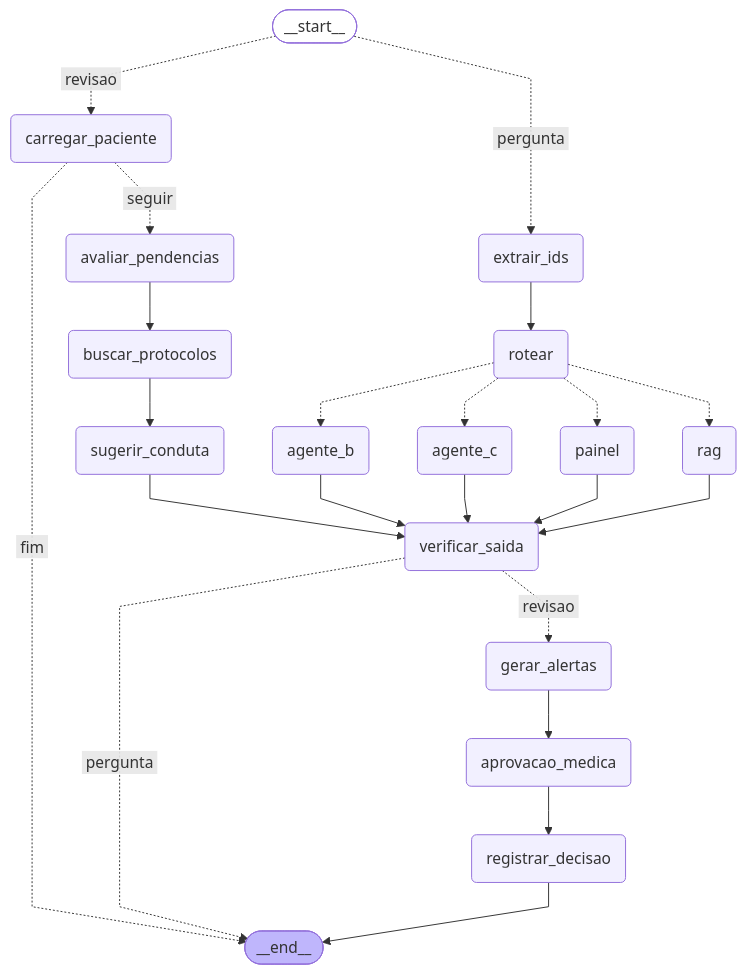
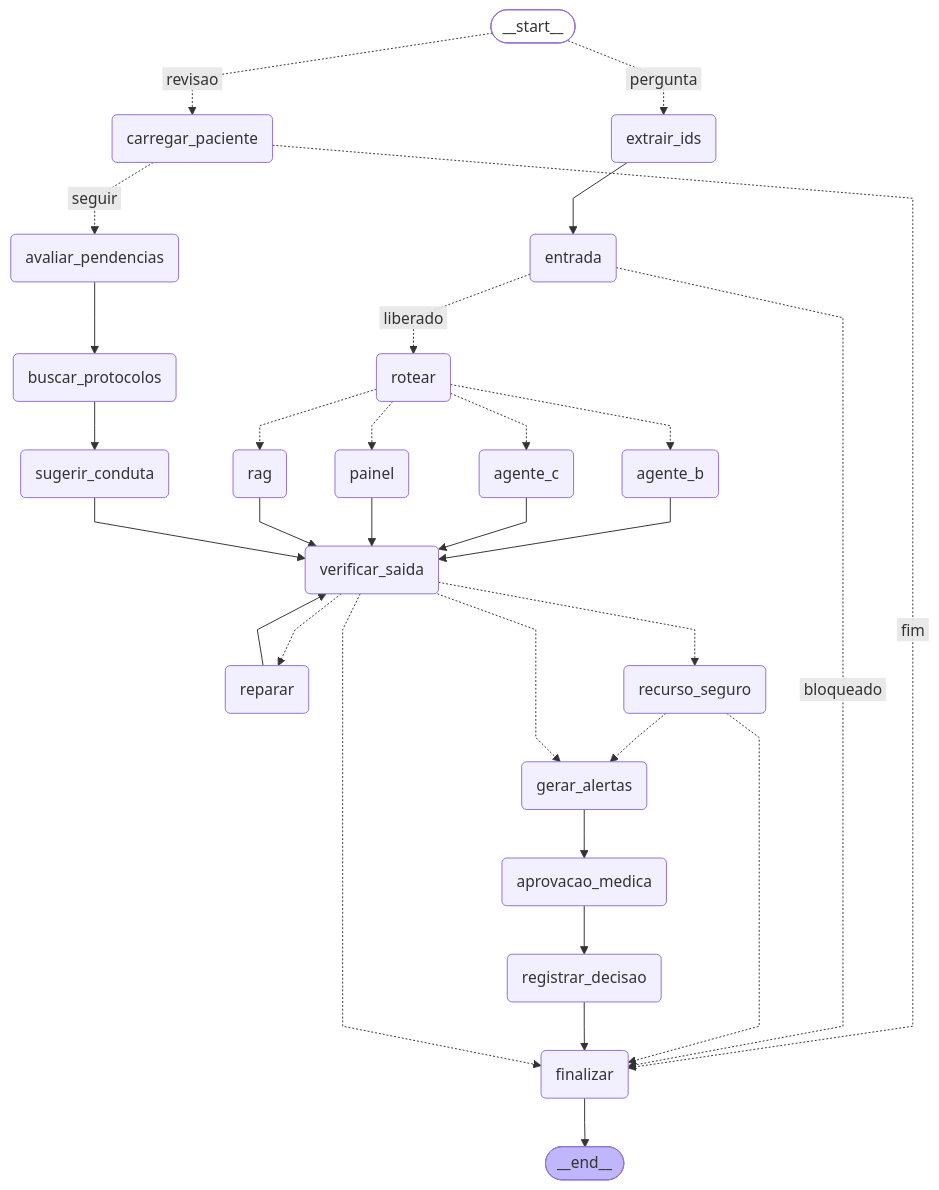
The diagram in fase-03/reports/grafo.mmd (fernando-m-vale/IA-For-Devs), drawn with Mermaid before and after one commit. The commit also changed 20 other files, not shown here.

Commit message:
feat(seguranca): guardrails em camadas — filtro de entrada, verificação determinística com reparo e recurso seguro, juiz de fidelidade como sinalizador, auditoria JSONL por execução

```diff
--- a/fase-03/reports/grafo.mmd
+++ b/fase-03/reports/grafo.mmd
@@ -1,46 +1,58 @@
 ---
 config:
   flowchart:
     curve: linear
 ---
 graph TD;
 	__start__([<p>__start__</p>]):::first
 	extrair_ids(extrair_ids)
+	entrada(entrada)
 	rotear(rotear)
 	agente_b(agente_b)
 	painel(painel)
 	agente_c(agente_c)
 	rag(rag)
 	carregar_paciente(carregar_paciente)
 	avaliar_pendencias(avaliar_pendencias)
 	buscar_protocolos(buscar_protocolos)
 	sugerir_conduta(sugerir_conduta)
 	verificar_saida(verificar_saida)
+	reparar(reparar)
+	recurso_seguro(recurso_seguro)
 	gerar_alertas(gerar_alertas)
 	aprovacao_medica(aprovacao_medica)
 	registrar_decisao(registrar_decisao)
+	finalizar(finalizar)
 	__end__([<p>__end__</p>]):::last
 	__start__ -. &nbsp;revisao&nbsp; .-> carregar_paciente;
 	__start__ -. &nbsp;pergunta&nbsp; .-> extrair_ids;
 	agente_b --> verificar_saida;
 	agente_c --> verificar_saida;
 	aprovacao_medica --> registrar_decisao;
 	avaliar_pendencias --> buscar_protocolos;
 	buscar_protocolos --> sugerir_conduta;
-	carregar_paciente -. &nbsp;fim&nbsp; .-> __end__;
 	carregar_paciente -. &nbsp;seguir&nbsp; .-> avaliar_pendencias;
-	extrair_ids --> rotear;
+	carregar_paciente -. &nbsp;fim&nbsp; .-> finalizar;
+	entrada -. &nbsp;bloqueado&nbsp; .-> finalizar;
+	entrada -. &nbsp;liberado&nbsp; .-> rotear;
+	extrair_ids --> entrada;
 	gerar_alertas --> aprovacao_medica;
 	painel --> verificar_saida;
 	rag --> verificar_saida;
+	recurso_seguro -.-> finalizar;
+	recurso_seguro -.-> gerar_alertas;
+	registrar_decisao --> finalizar;
+	reparar --> verificar_saida;
 	rotear -.-> agente_b;
 	rotear -.-> agente_c;
 	rotear -.-> painel;
 	rotear -.-> rag;
 	sugerir_conduta --> verificar_saida;
-	verificar_saida -. &nbsp;pergunta&nbsp; .-> __end__;
-	verificar_saida -. &nbsp;revisao&nbsp; .-> gerar_alertas;
-	registrar_decisao --> __end__;
+	verificar_saida -.-> finalizar;
+	verificar_saida -.-> gerar_alertas;
+	verificar_saida -.-> recurso_seguro;
+	verificar_saida -.-> reparar;
+	finalizar --> __end__;
 	classDef default fill:#f2f0ff,line-height:1.2
 	classDef first fill-opacity:0
 	classDef last fill:#bfb6fc
```
